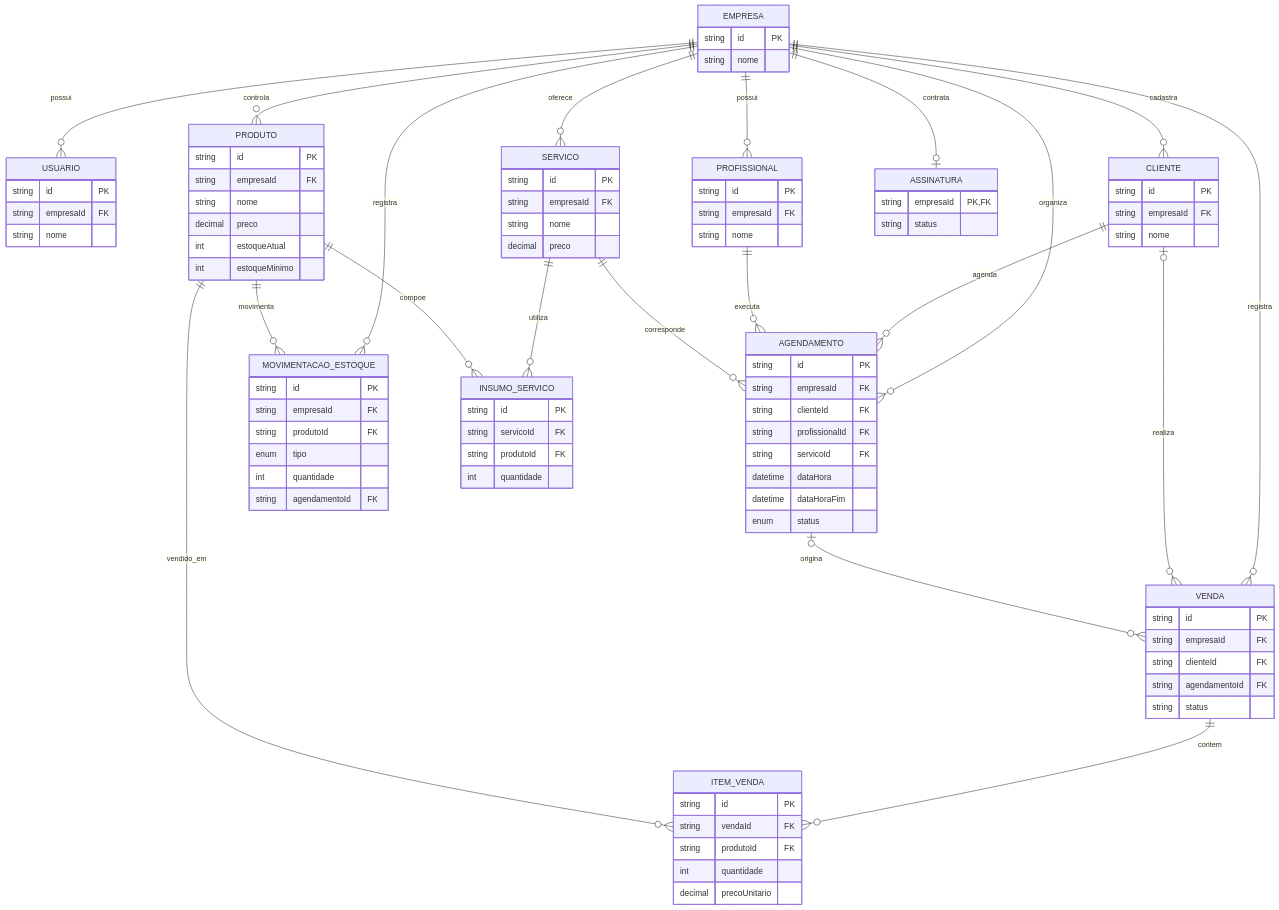
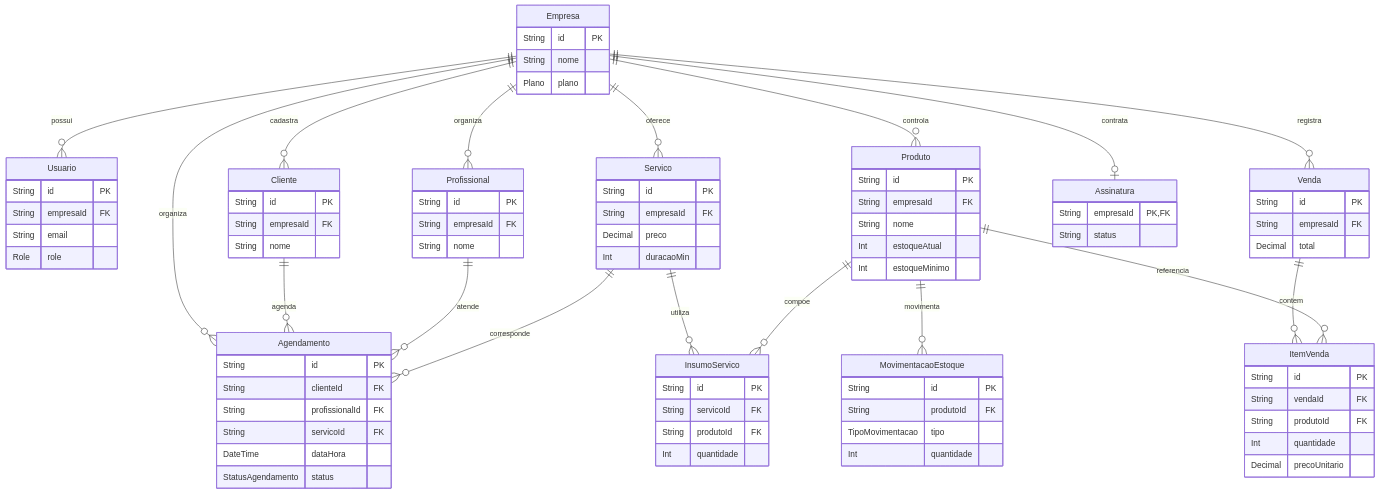
Before and after one commit to Breno-J-Oliveira/Nexly: the fifth of 7 diagrams in README.md, drawn with Mermaid. The commit also changed other lines of this file and 61 other files, not shown here.

````diff
--- a/README.md
+++ b/README.md
@@ -161,98 +619,90 @@
 ```mermaid
 erDiagram
-    EMPRESA ||--o{ USUARIO : possui
-    EMPRESA ||--o{ CLIENTE : cadastra
-    EMPRESA ||--o{ PROFISSIONAL : possui
-    EMPRESA ||--o{ SERVICO : oferece
-    EMPRESA ||--o{ PRODUTO : controla
-    EMPRESA ||--o{ AGENDAMENTO : organiza
-    EMPRESA ||--o{ VENDA : registra
-    EMPRESA ||--o{ MOVIMENTACAO_ESTOQUE : registra
-    EMPRESA ||--o| ASSINATURA : contrata
-    CLIENTE ||--o{ AGENDAMENTO : agenda
-    PROFISSIONAL ||--o{ AGENDAMENTO : executa
-    SERVICO ||--o{ AGENDAMENTO : corresponde
-    SERVICO ||--o{ INSUMO_SERVICO : utiliza
-    PRODUTO ||--o{ INSUMO_SERVICO : compoe
-    PRODUTO ||--o{ MOVIMENTACAO_ESTOQUE : movimenta
-    VENDA ||--o{ ITEM_VENDA : contem
-    PRODUTO ||--o{ ITEM_VENDA : vendido_em
-    CLIENTE o|--o{ VENDA : realiza
-    AGENDAMENTO o|--o{ VENDA : origina
+    Empresa ||--o{ Usuario : possui
+    Empresa ||--o{ Cliente : cadastra
+    Empresa ||--o{ Profissional : organiza
+    Empresa ||--o{ Servico : oferece
+    Empresa ||--o{ Produto : controla
+    Empresa ||--o{ Agendamento : organiza
+    Empresa ||--o{ Venda : registra
+    Empresa ||--o| Assinatura : contrata
+    Cliente ||--o{ Agendamento : agenda
+    Profissional ||--o{ Agendamento : atende
+    Servico ||--o{ Agendamento : corresponde
+    Servico ||--o{ InsumoServico : utiliza
+    Produto ||--o{ InsumoServico : compoe
+    Produto ||--o{ MovimentacaoEstoque : movimenta
+    Venda ||--o{ ItemVenda : contem
+    Produto ||--o{ ItemVenda : referencia
 
-    EMPRESA {
-        string id PK
-        string nome
+    Empresa {
+        String id PK
+        String nome
+        Plano plano
     }
-    USUARIO {
-        string id PK
-        string empresaId FK
-        string nome
+    Usuario {
+        String id PK
+        String empresaId FK
+        String email
+        Role role
     }
-    CLIENTE {
-        string id PK
-        string empresaId FK
-        string nome
+    Cliente {
+        String id PK
+        String empresaId FK
+        String nome
     }
-    PROFISSIONAL {
-        string id PK
-        string empresaId FK
-        string nome
+    Profissional {
+        String id PK
+        String empresaId FK
+        String nome
     }
-    SERVICO {
-        string id PK
-        string empresaId FK
-        string nome
-        decimal preco
+    Servico {
+        String id PK
+        String empresaId FK
+        Decimal preco
+        Int duracaoMin
     }
-    PRODUTO {
-        string id PK
-        string empresaId FK
-        string nome
-        decimal preco
-        int estoqueAtual
-        int estoqueMinimo
+    Produto {
+        String id PK
+        String empresaId FK
+        String nome
+        Int estoqueAtual
+        Int estoqueMinimo
     }
-    AGENDAMENTO {
-        string id PK
-        string empresaId FK
-        string clienteId FK
-        string profissionalId FK
-        string servicoId FK
-        datetime dataHora
-        datetime dataHoraFim
-        enum status
+    Agendamento {
+        String id PK
+        String clienteId FK
+        String profissionalId FK
+        String servicoId FK
+        DateTime dataHora
+        StatusAgendamento status
     }
-    INSUMO_SERVICO {
-        string id PK
-        string servicoId FK
-        string produtoId FK
-        int quantidade
+    InsumoServico {
+        String id PK
+        String servicoId FK
+        String produtoId FK
+        Int quantidade
     }
-    MOVIMENTACAO_ESTOQUE {
-        string id PK
-        string empresaId FK
-        string produtoId FK
-        enum tipo
-        int quantidade
-        string agendamentoId FK
+    Venda {
+        String id PK
+        String empresaId FK
+        Decimal total
     }
-    VENDA {
-        string id PK
-        string empresaId FK
-        string clienteId FK
-        string agendamentoId FK
-        string status
+    ItemVenda {
+        String id PK
+        String vendaId FK
+        String produtoId FK
+        Int quantidade
+        Decimal precoUnitario
     }
-    ITEM_VENDA {
-        string id PK
-        string vendaId FK
-        string produtoId FK
-        int quantidade
-        decimal precoUnitario
+    MovimentacaoEstoque {
+        String id PK
+        String produtoId FK
+        TipoMovimentacao tipo
+        Int quantidade
     }
-    ASSINATURA {
-        string empresaId PK,FK
-        string status
+    Assinatura {
+        String empresaId PK,FK
+        String status
     }
 ```
````
